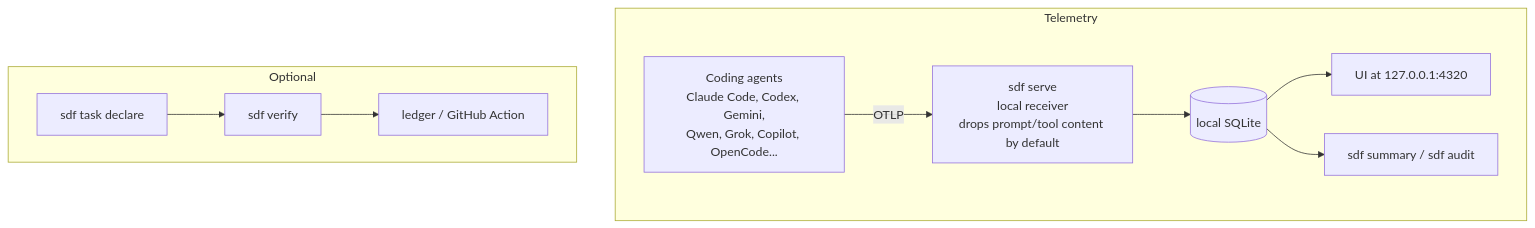
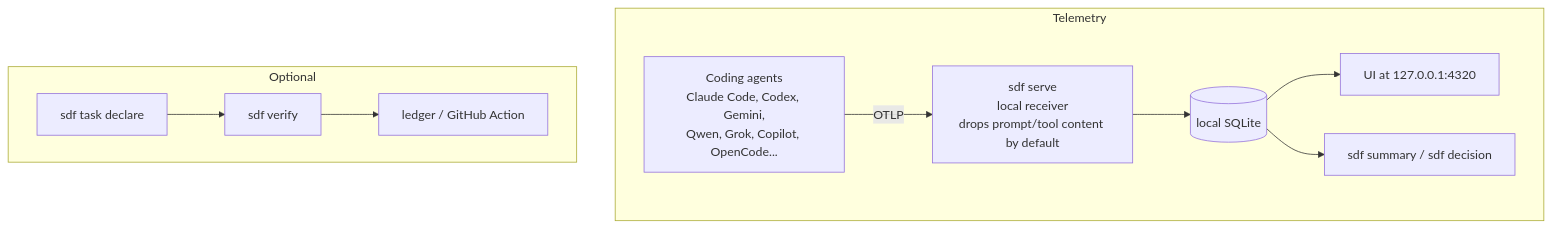
One commit to paulpham157/sdf changed the diagram in README.md. Above: the diagram before and after it, drawn with Mermaid. The commit also changed other lines of this file and 2 other files, not shown here.

````diff
--- a/README.md
+++ b/README.md
@@ -7,12 +157,12 @@
 ```mermaid
 flowchart TB
   subgraph telemetry["Telemetry"]
     A["Coding agents<br/>Claude Code, Codex, Gemini,<br/>Qwen, Grok, Copilot, OpenCode..."] -->|OTLP| S["sdf serve<br/>local receiver<br/>drops prompt/tool content by default"]
     S --> DB[(local SQLite)]
     DB --> UI["UI at 127.0.0.1:4320"]
-    DB --> OUT["sdf summary / sdf audit"]
+    DB --> OUT["sdf summary / sdf decision"]
   end
   subgraph optional["Optional"]
     T["sdf task declare"] --> V["sdf verify"] --> L["ledger / GitHub Action"]
   end
 ```
````
